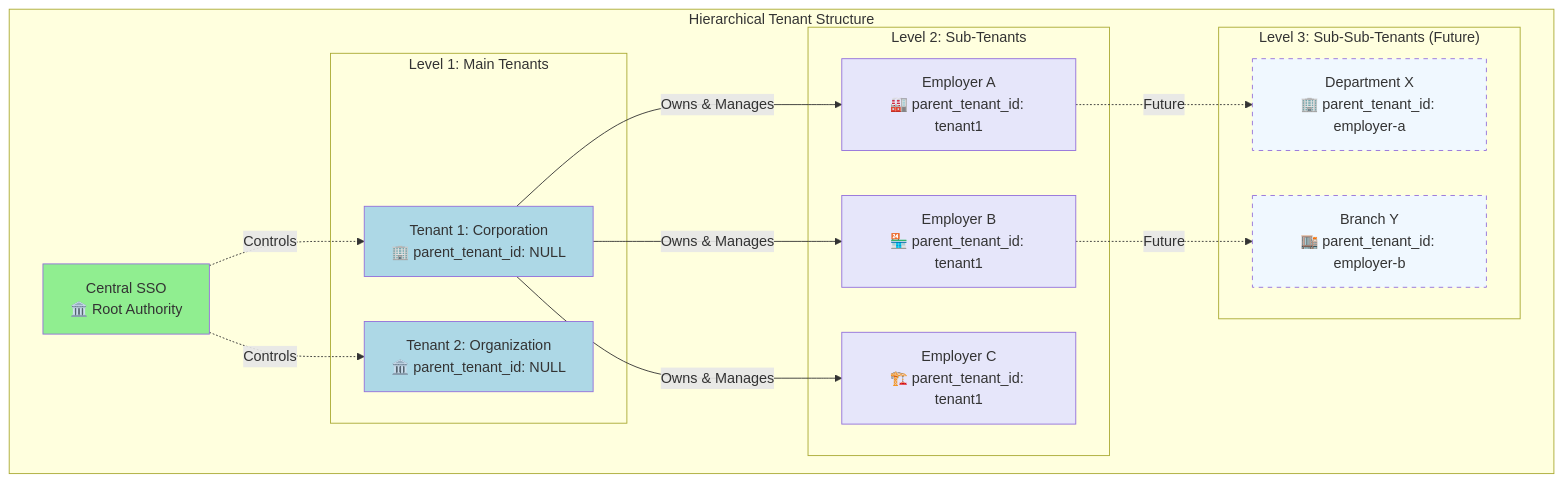
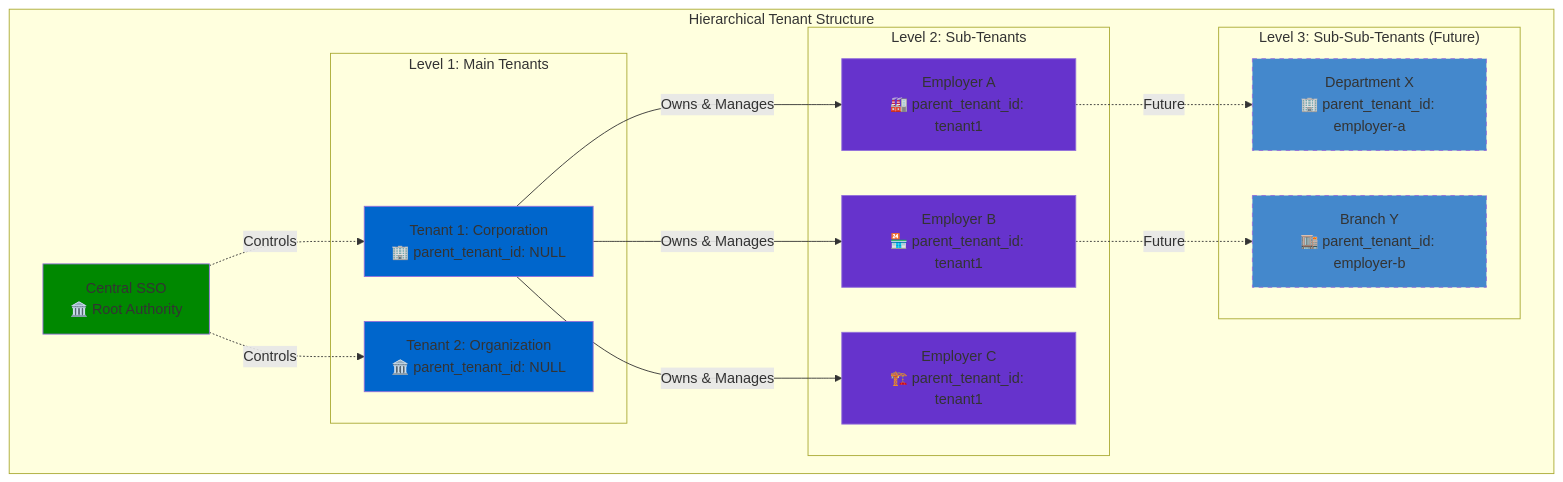
One commit to hi-dil/SSO-POC changed diagram 16 of 21 in docs/architecture/challenges-and-solutions.md. Above: the diagram before and after it, drawn with Mermaid. The commit also changed other lines of this file, not shown here.

````diff
--- a/docs/architecture/challenges-and-solutions.md
+++ b/docs/architecture/challenges-and-solutions.md
@@ -566,41 +563,41 @@
 ```mermaid
 graph TB
     subgraph "Hierarchical Tenant Structure"
         ROOT[Central SSO<br/>🏛️ Root Authority]
         
         subgraph "Level 1: Main Tenants"
             T1[Tenant 1: Corporation<br/>🏢 parent_tenant_id: NULL]
             T2[Tenant 2: Organization<br/>🏛️ parent_tenant_id: NULL]
         end
         
         subgraph "Level 2: Sub-Tenants"
             ST1[Employer A<br/>🏭 parent_tenant_id: tenant1]
             ST2[Employer B<br/>🏪 parent_tenant_id: tenant1]
             ST3[Employer C<br/>🏗️ parent_tenant_id: tenant1]
         end
         
         subgraph "Level 3: Sub-Sub-Tenants (Future)"
             SST1[Department X<br/>🏢 parent_tenant_id: employer-a]
             SST2[Branch Y<br/>🏬 parent_tenant_id: employer-b]
         end
         
         ROOT -.Controls.-> T1
         ROOT -.Controls.-> T2
         
         T1 -->|Owns & Manages| ST1
         T1 -->|Owns & Manages| ST2
         T1 -->|Owns & Manages| ST3
         
         ST1 -.Future.-> SST1
         ST2 -.Future.-> SST2
     end
     
-    style ROOT fill:#90EE90
-    style T1 fill:#ADD8E6
-    style T2 fill:#ADD8E6
-    style ST1 fill:#E6E6FA
-    style ST2 fill:#E6E6FA
-    style ST3 fill:#E6E6FA
-    style SST1 fill:#F0F8FF,stroke-dasharray: 5 5
-    style SST2 fill:#F0F8FF,stroke-dasharray: 5 5
+    style ROOT fill:#008800
+    style T1 fill:#0066cc
+    style T2 fill:#0066cc
+    style ST1 fill:#6633cc
+    style ST2 fill:#6633cc
+    style ST3 fill:#6633cc
+    style SST1 fill:#4488cc,stroke-dasharray: 5 5
+    style SST2 fill:#4488cc,stroke-dasharray: 5 5
 ```
````
